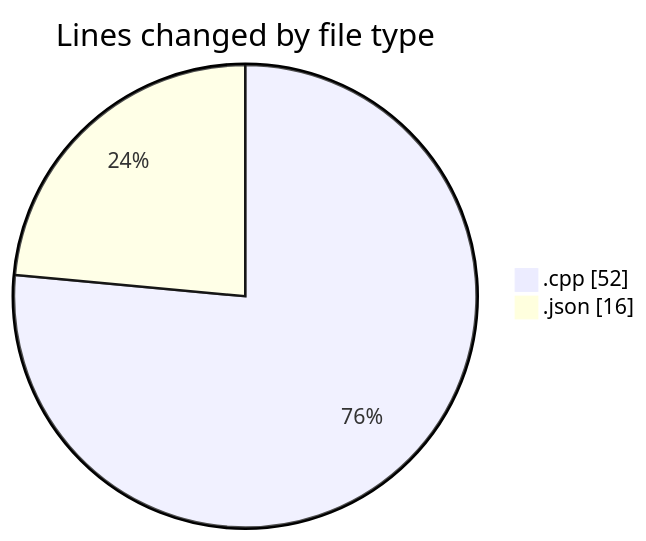
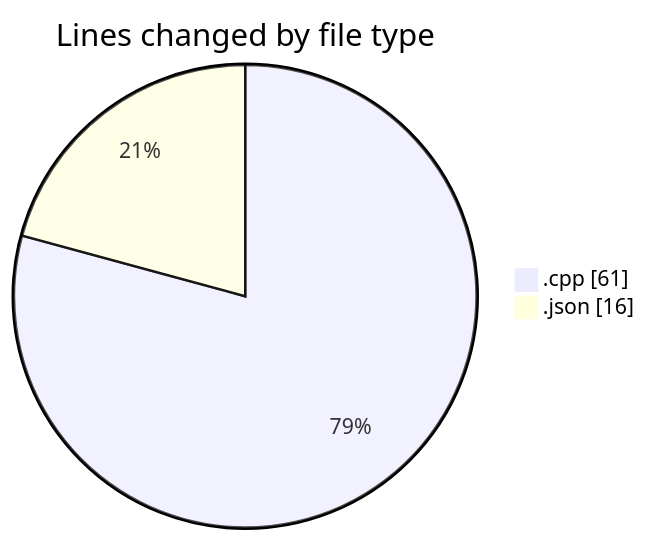
The first of 2 diagrams in 2025-04-27/date/README.md (Netris89/code-tracking), drawn with Mermaid before and after one commit. The commit also changed other lines of this file and 1 other file, not shown here.

````diff
--- a/2025-04-27/date/README.md
+++ b/2025-04-27/date/README.md
@@ -21,6 +21,6 @@
 ```mermaid
 pie showData
 title Lines changed by file type
-".cpp" : 52
+".cpp" : 61
 ".json" : 16
 ```
````
